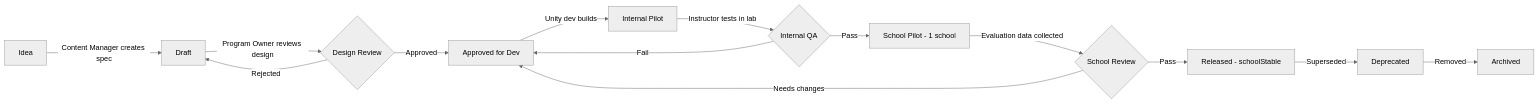
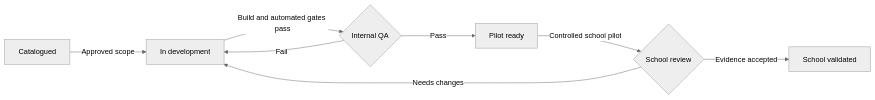
The second of 2 diagrams in docs/ontology/simulation-ontology.md (Amritesh/xr-school), drawn with Mermaid (neutral theme) before and after one commit. The commit also changed other lines of this file and 15 other files, not shown here.

````diff
--- a/docs/ontology/simulation-ontology.md
+++ b/docs/ontology/simulation-ontology.md
@@ -142,16 +148,10 @@
 ```mermaid
 flowchart LR
-    A[Idea] -->|Content Manager creates spec| B[Draft]
-    B -->|Program Owner reviews design| C{Design Review}
-    C -->|Approved| D[Approved for Dev]
-    C -->|Rejected| B
-    D -->|Unity dev builds| E[Internal Pilot]
-    E -->|Instructor tests in lab| F{Internal QA}
-    F -->|Pass| G[School Pilot - 1 school]
-    F -->|Fail| D
-    G -->|Evaluation data collected| H{School Review}
-    H -->|Pass| I[Released - schoolStable]
-    H -->|Needs changes| D
-    I -->|Superseded| J[Deprecated]
-    J -->|Removed| K[Archived]
+    A[Catalogued] -->|Approved scope| B[In development]
+    B -->|Build and automated gates pass| C{Internal QA}
+    C -->|Pass| D[Pilot ready]
+    C -->|Fail| B
+    D -->|Controlled school pilot| E{School review}
+    E -->|Evidence accepted| F[School validated]
+    E -->|Needs changes| B
 ```
````
